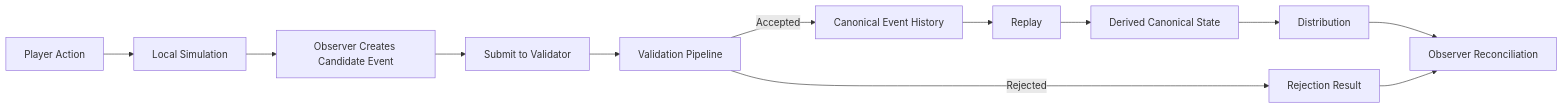
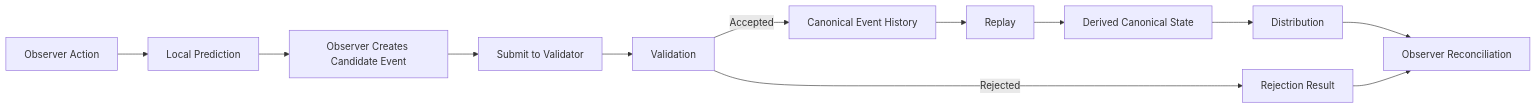
Before and after one commit to godofthunder101/crypsa-architecture: the diagram in CrypSA_Worked_Example.md, drawn with Mermaid. The commit also changed other lines of this file, not shown here.

`````diff
--- a/CrypSA_Worked_Example.md
+++ b/CrypSA_Worked_Example.md
@@ -54,19 +62,19 @@
 ```mermaid
 flowchart LR
 
-A[Player Action] --> B[Local Simulation]
+A[Observer Action] --> B[Local Prediction]
 B --> C[Observer Creates Candidate Event]
 C --> D[Submit to Validator]
 
-D --> E[Validation Pipeline]
+D --> E[Validation]
 
 E -->|Accepted| F[Canonical Event History]
 E -->|Rejected| G[Rejection Result]
 
 F --> H[Replay]
 H --> I[Derived Canonical State]
 I --> J[Distribution]
 
 J --> K[Observer Reconciliation]
 G --> K
-````
+```
`````
